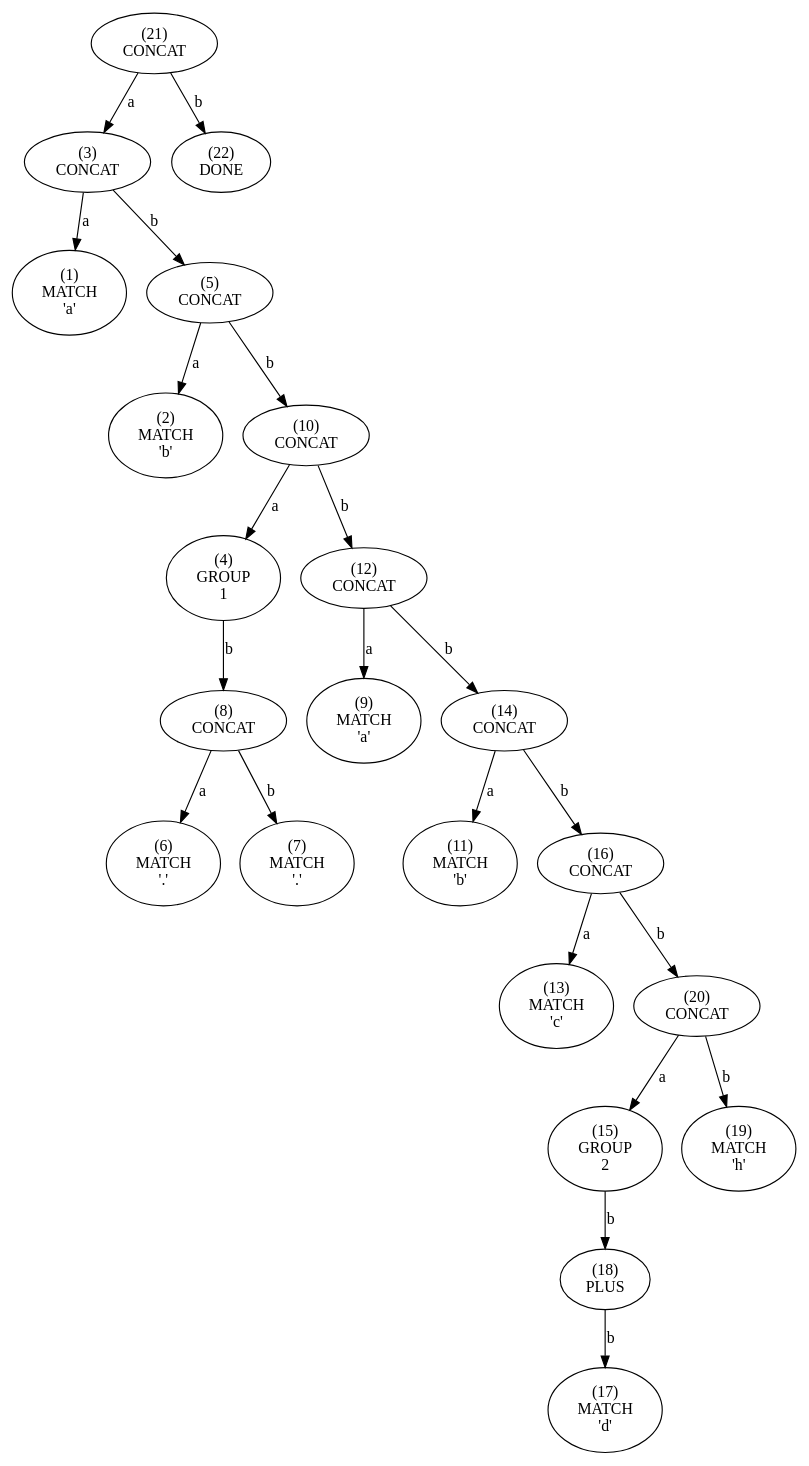
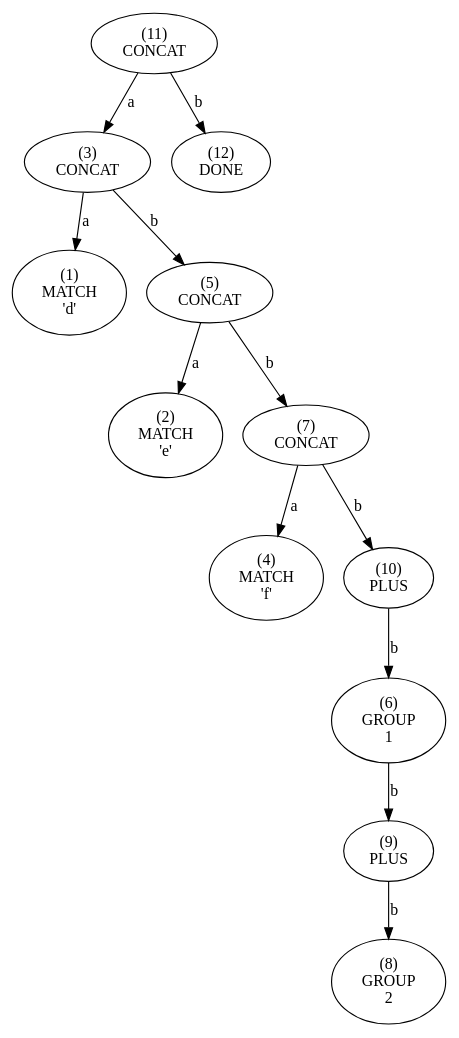
One commit to essele/rele changed the diagram in tree.dot. Above: the diagram before and after it, drawn with Graphviz. The commit also changed 5 other files, not shown here.

```diff
--- a/tree.dot
+++ b/tree.dot
@@ -1,89 +1,49 @@
 digraph tree {
-    n0xb4ab1fd66550 [label="(21)
+    n0xb7d0eb982410 [label="(11)
 CONCAT
 "];
-    n0xb4ab1fd66550 -> n0xb4ab1fd66310 [label="a"];
-    n0xb4ab1fd66310 [label="(3)
+    n0xb7d0eb982410 -> n0xb7d0eb982310 [label="a"];
+    n0xb7d0eb982310 [label="(3)
 CONCAT
 "];
-    n0xb4ab1fd66310 -> n0xb4ab1fd662d0 [label="a"];
-    n0xb4ab1fd662d0 [label="(1)
+    n0xb7d0eb982310 -> n0xb7d0eb9822d0 [label="a"];
+    n0xb7d0eb9822d0 [label="(1)
 MATCH
-'a'"];
-    n0xb4ab1fd66310 -> n0xb4ab1fd66350 [label="b"];
-    n0xb4ab1fd66350 [label="(5)
+'d'"];
+    n0xb7d0eb982310 -> n0xb7d0eb982350 [label="b"];
+    n0xb7d0eb982350 [label="(5)
 CONCAT
 "];
-    n0xb4ab1fd66350 -> n0xb4ab1fd662f0 [label="a"];
-    n0xb4ab1fd662f0 [label="(2)
+    n0xb7d0eb982350 -> n0xb7d0eb9822f0 [label="a"];
+    n0xb7d0eb9822f0 [label="(2)
 MATCH
-'b'"];
-    n0xb4ab1fd66350 -> n0xb4ab1fd663f0 [label="b"];
-    n0xb4ab1fd663f0 [label="(10)
+'e'"];
+    n0xb7d0eb982350 -> n0xb7d0eb982390 [label="b"];
+    n0xb7d0eb982390 [label="(7)
 CONCAT
 "];
-    n0xb4ab1fd663f0 -> n0xb4ab1fd66330 [label="a"];
-    n0xb4ab1fd66330 [label="(4)
+    n0xb7d0eb982390 -> n0xb7d0eb982330 [label="a"];
+    n0xb7d0eb982330 [label="(4)
+MATCH
+'f'"];
+    n0xb7d0eb982390 -> n0xb7d0eb9823f0 [label="b"];
+    n0xb7d0eb9823f0 [label="(10)
+PLUS
+"];
+    n0xb7d0eb9823f0 -> n0xb7d0eb982370 [label="b"];
+    n0xb7d0eb982370 [label="(6)
 GROUP
 1"];
-    n0xb4ab1fd66330 -> n0xb4ab1fd663b0 [label="b"];
-    n0xb4ab1fd663b0 [label="(8)
-CONCAT
+    n0xb7d0eb982370 -> n0xb7d0eb9823d0 [label="b"];
+    n0xb7d0eb9823d0 [label="(9)
+PLUS
 "];
-    n0xb4ab1fd663b0 -> n0xb4ab1fd66370 [label="a"];
-    n0xb4ab1fd66370 [label="(6)
-MATCH
-'.'"];
-    n0xb4ab1fd663b0 -> n0xb4ab1fd66390 [label="b"];
-    n0xb4ab1fd66390 [label="(7)
-MATCH
-'.'"];
-    n0xb4ab1fd663f0 -> n0xb4ab1fd66430 [label="b"];
-    n0xb4ab1fd66430 [label="(12)
-CONCAT
-"];
-    n0xb4ab1fd66430 -> n0xb4ab1fd663d0 [label="a"];
-    n0xb4ab1fd663d0 [label="(9)
-MATCH
-'a'"];
-    n0xb4ab1fd66430 -> n0xb4ab1fd66470 [label="b"];
-    n0xb4ab1fd66470 [label="(14)
-CONCAT
-"];
-    n0xb4ab1fd66470 -> n0xb4ab1fd66410 [label="a"];
-    n0xb4ab1fd66410 [label="(11)
-MATCH
-'b'"];
-    n0xb4ab1fd66470 -> n0xb4ab1fd664b0 [label="b"];
-    n0xb4ab1fd664b0 [label="(16)
-CONCAT
-"];
-    n0xb4ab1fd664b0 -> n0xb4ab1fd66450 [label="a"];
-    n0xb4ab1fd66450 [label="(13)
-MATCH
-'c'"];
-    n0xb4ab1fd664b0 -> n0xb4ab1fd66530 [label="b"];
-    n0xb4ab1fd66530 [label="(20)
-CONCAT
-"];
-    n0xb4ab1fd66530 -> n0xb4ab1fd66490 [label="a"];
-    n0xb4ab1fd66490 [label="(15)
+    n0xb7d0eb9823d0 -> n0xb7d0eb9823b0 [label="b"];
+    n0xb7d0eb9823b0 [label="(8)
 GROUP
 2"];
-    n0xb4ab1fd66490 -> n0xb4ab1fd664f0 [label="b"];
-    n0xb4ab1fd664f0 [label="(18)
-PLUS
-"];
-    n0xb4ab1fd664f0 -> n0xb4ab1fd664d0 [label="b"];
-    n0xb4ab1fd664d0 [label="(17)
-MATCH
-'\d'"];
-    n0xb4ab1fd66530 -> n0xb4ab1fd66510 [label="b"];
-    n0xb4ab1fd66510 [label="(19)
-MATCH
-'h'"];
-    n0xb4ab1fd66550 -> n0xb4ab1fd66570 [label="b"];
-    n0xb4ab1fd66570 [label="(22)
+    n0xb7d0eb982410 -> n0xb7d0eb982430 [label="b"];
+    n0xb7d0eb982430 [label="(12)
 DONE
 "];
 }
```
